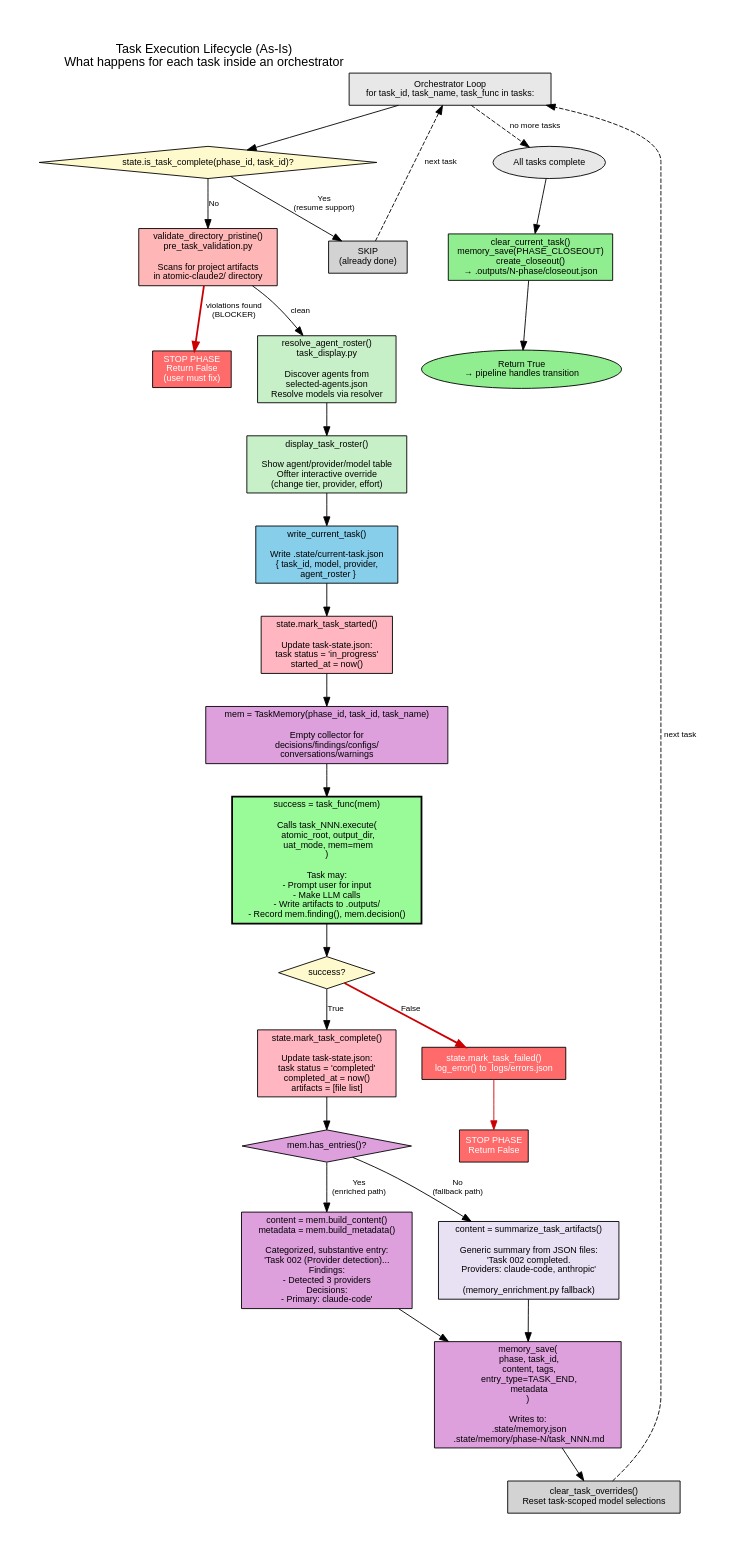
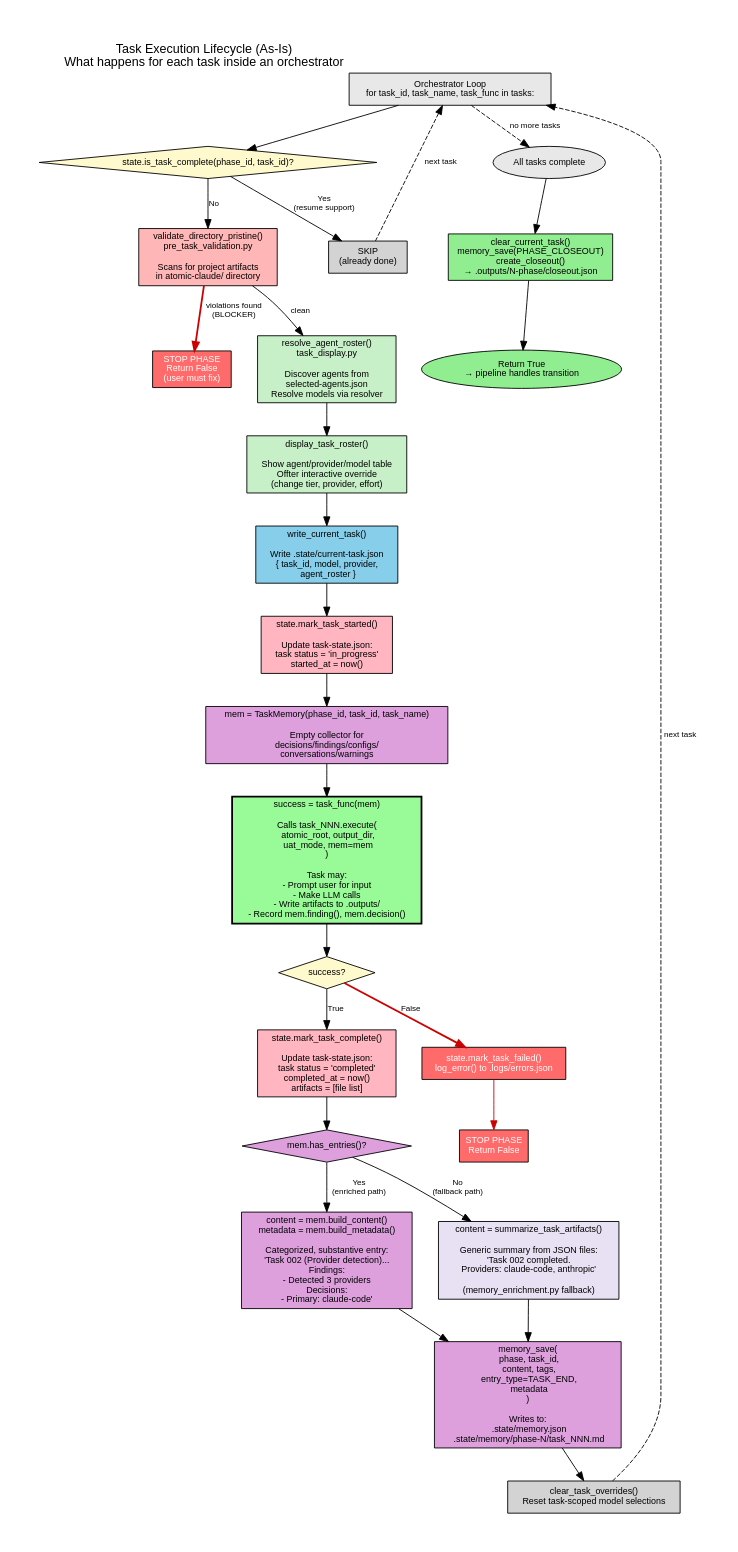
The diagram in docs/diagrams/as-is/02-task-lifecycle.dot (turbobeest/atomic-claude), drawn with Graphviz before and after one commit. The commit also changed 1795 other files, not shown here.

First line of the commit message:
Rename atomic-claude2 → atomic-claude, deep audit fixes, and pre-operational hardening

```diff
--- a/docs/diagrams/as-is/02-task-lifecycle.dot
+++ b/docs/diagrams/as-is/02-task-lifecycle.dot
@@ -1,152 +1,152 @@
 // Atomic Claude 2.0 — Task Execution Lifecycle (As-Is)
 // What happens when a single task runs inside an orchestrator
 //
 // Generated: 2026-02-15
 // Source: phases/phaseNN/orchestratorNN.py (common pattern)
 
 digraph task_lifecycle {
     rankdir=TB
     fontname="Helvetica"
     fontsize=14
     label="Task Execution Lifecycle (As-Is)\nWhat happens for each task inside an orchestrator"
     labelloc=t
     labeljust=l
     pad=0.5
     nodesep=0.4
     ranksep=0.5
 
     node [fontname="Helvetica", fontsize=10, style=filled, shape=box]
     edge [fontname="Helvetica", fontsize=9]
 
     // =============================================
     // ORCHESTRATOR LOOP START
     // =============================================
 
     start [label="Orchestrator Loop\nfor task_id, task_name, task_func in tasks:",
            fillcolor="#E8E8E8", shape=box]
 
     // Step 1: Check if already complete
     check_complete [label="state.is_task_complete(phase_id, task_id)?",
                     shape=diamond, fillcolor="#FFFACD", width=3]
 
     start -> check_complete
 
     skip [label="SKIP\n(already done)", fillcolor="#D3D3D3"]
     check_complete -> skip [label="Yes\n(resume support)"]
     skip -> start [label="next task", style=dashed]
 
     // Step 2: Directory validation
-    validate [label="validate_directory_pristine()\npre_task_validation.py\n\nScans for project artifacts\nin atomic-claude2/ directory",
+    validate [label="validate_directory_pristine()\npre_task_validation.py\n\nScans for project artifacts\nin atomic-claude/ directory",
               fillcolor="#FFB6B6"]
 
     check_complete -> validate [label="No"]
 
     validation_fail [label="STOP PHASE\nReturn False\n(user must fix)", fillcolor="#FF6B6B", fontcolor=white]
     validate -> validation_fail [label="violations found\n(BLOCKER)", color="#CC0000", penwidth=2]
 
     // Step 3: Agent roster
     roster [label="resolve_agent_roster()\ntask_display.py\n\nDiscover agents from\nselected-agents.json\nResolve models via resolver",
             fillcolor="#C8F0C8"]
 
     validate -> roster [label="clean"]
 
     // Step 4: Display roster with override
     display [label="display_task_roster()\n\nShow agent/provider/model table\nOffter interactive override\n(change tier, provider, effort)",
              fillcolor="#C8F0C8"]
 
     roster -> display
 
     // Step 5: Dashboard sync
     dash_write [label="write_current_task()\n\nWrite .state/current-task.json\n{ task_id, model, provider,\n  agent_roster }",
                 fillcolor="#87CEEB"]
 
     display -> dash_write
 
     // Step 6: Mark started
     mark_start [label="state.mark_task_started()\n\nUpdate task-state.json:\ntask status = 'in_progress'\nstarted_at = now()",
                 fillcolor="#FFB6C1"]
 
     dash_write -> mark_start
 
     // Step 7: Create TaskMemory
     create_mem [label="mem = TaskMemory(phase_id, task_id, task_name)\n\nEmpty collector for\ndecisions/findings/configs/\nconversations/warnings",
                 fillcolor="#DDA0DD"]
 
     mark_start -> create_mem
 
     // Step 8: EXECUTE TASK
     execute [label="success = task_func(mem)\n\nCalls task_NNN.execute(\n  atomic_root, output_dir,\n  uat_mode, mem=mem\n)\n\nTask may:\n- Prompt user for input\n- Make LLM calls\n- Write artifacts to .outputs/\n- Record mem.finding(), mem.decision()",
              fillcolor="#98FB98", style="filled,bold", shape=box]
 
     create_mem -> execute
 
     // Step 9: Check result
     check_result [label="success?", shape=diamond, fillcolor="#FFFACD", width=1.5]
     execute -> check_result
 
     // =============================================
     // FAILURE PATH
     // =============================================
 
     fail_mark [label="state.mark_task_failed()\nlog_error() to .logs/errors.json",
                fillcolor="#FF6B6B", fontcolor=white]
     fail_return [label="STOP PHASE\nReturn False",
                  fillcolor="#FF6B6B", fontcolor=white]
 
     check_result -> fail_mark [label="False", color="#CC0000", penwidth=2]
     fail_mark -> fail_return [color="#CC0000"]
 
     // =============================================
     // SUCCESS PATH
     // =============================================
 
     // Step 10: Mark complete
     mark_complete [label="state.mark_task_complete()\n\nUpdate task-state.json:\ntask status = 'completed'\ncompleted_at = now()\nartifacts = [file list]",
                    fillcolor="#FFB6C1"]
 
     check_result -> mark_complete [label="True"]
 
     // Step 11: Memory save
     mem_check [label="mem.has_entries()?", shape=diamond, fillcolor="#DDA0DD", width=2]
     mark_complete -> mem_check
 
     mem_rich [label="content = mem.build_content()\nmetadata = mem.build_metadata()\n\nCategorized, substantive entry:\n'Task 002 (Provider detection)...\nFindings:\n- Detected 3 providers\nDecisions:\n- Primary: claude-code'",
               fillcolor="#DDA0DD"]
 
     mem_fallback [label="content = summarize_task_artifacts()\n\nGeneric summary from JSON files:\n'Task 002 completed.\nProviders: claude-code, anthropic'\n\n(memory_enrichment.py fallback)",
                   fillcolor="#E8E0F3"]
 
     mem_check -> mem_rich [label="Yes\n(enriched path)"]
     mem_check -> mem_fallback [label="No\n(fallback path)"]
 
     mem_save [label="memory_save(\n  phase, task_id,\n  content, tags,\n  entry_type=TASK_END,\n  metadata\n)\n\nWrites to:\n  .state/memory.json\n  .state/memory/phase-N/task_NNN.md",
              fillcolor="#DDA0DD"]
 
     mem_rich -> mem_save
     mem_fallback -> mem_save
 
     // Step 12: Clear overrides
     clear [label="clear_task_overrides()\nReset task-scoped model selections",
            fillcolor="#D3D3D3"]
 
     mem_save -> clear
 
     // Step 13: Next task
     clear -> start [label="next task", style=dashed]
 
     // =============================================
     // PHASE COMPLETION (after all tasks)
     // =============================================
 
     phase_done [label="All tasks complete", shape=ellipse, fillcolor="#E8E8E8"]
 
     phase_cleanup [label="clear_current_task()\nmemory_save(PHASE_CLOSEOUT)\ncreate_closeout()\n→ .outputs/N-phase/closeout.json",
                    fillcolor="#90EE90"]
 
     phase_return [label="Return True\n→ pipeline handles transition",
                   fillcolor="#90EE90", shape=ellipse]
 
     start -> phase_done [label="no more tasks", style=dashed]
     phase_done -> phase_cleanup
     phase_cleanup -> phase_return
 }
```
